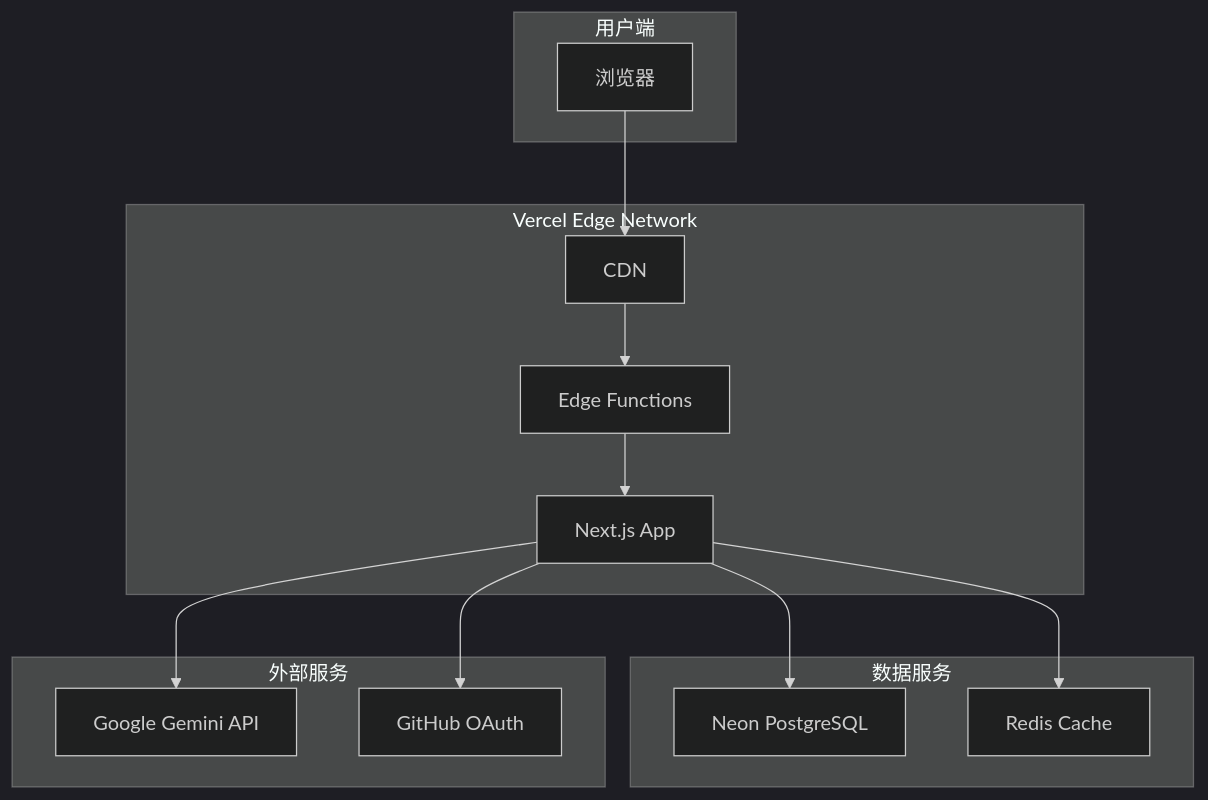
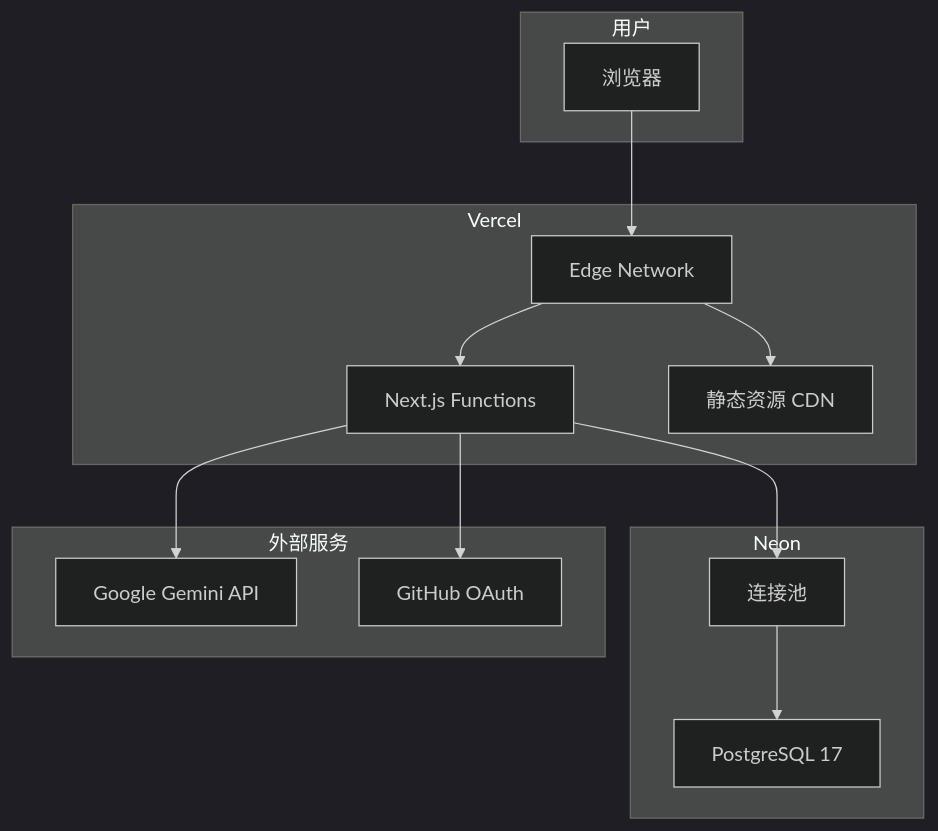
One commit to GeminiProjects/quizgen changed the diagram in docs/deployment.md. Above: the diagram before and after it, drawn with Mermaid (dark theme). The commit also changed other lines of this file and 5 other files, not shown here.

````diff
--- a/docs/deployment.md
+++ b/docs/deployment.md
@@ -26,30 +26,30 @@
 ```mermaid
 graph TB
-    subgraph "用户端"
+    subgraph 用户
         A[浏览器]
     end
     
-    subgraph "Vercel Edge Network"
-        B[CDN]
-        C[Edge Functions]
-        D[Next.js App]
+    subgraph Vercel
+        B[Edge Network]
+        C[Next.js Functions]
+        D[静态资源 CDN]
     end
     
-    subgraph "数据服务"
-        E[Neon PostgreSQL]
-        F[Redis Cache]
+    subgraph Neon
+        E[PostgreSQL 17]
+        F[连接池]
     end
     
-    subgraph "外部服务"
+    subgraph 外部服务
         G[Google Gemini API]
         H[GitHub OAuth]
     end
     
     A --> B
     B --> C
-    C --> D
-    D --> E
-    D --> F
-    D --> G
-    D --> H
+    B --> D
+    C --> F
+    F --> E
+    C --> G
+    C --> H
 ```
````
